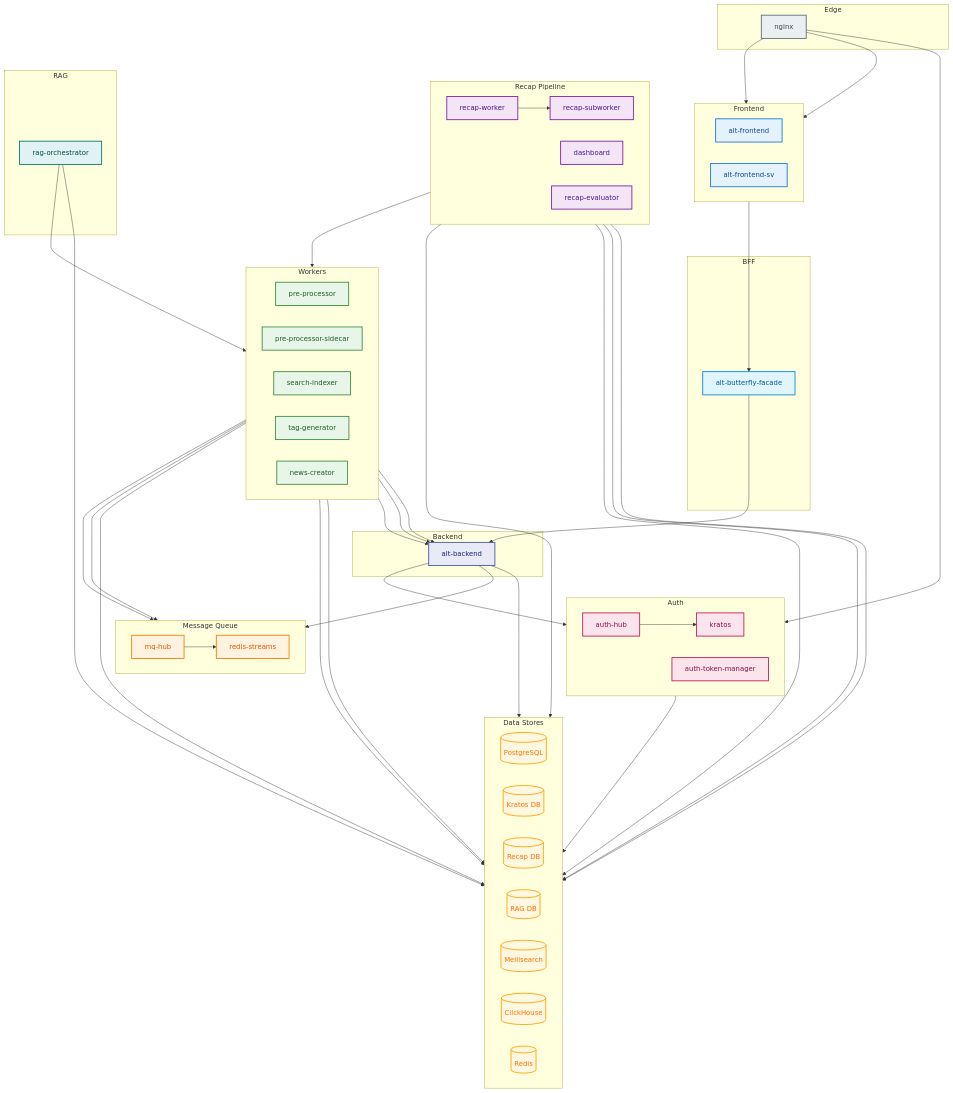
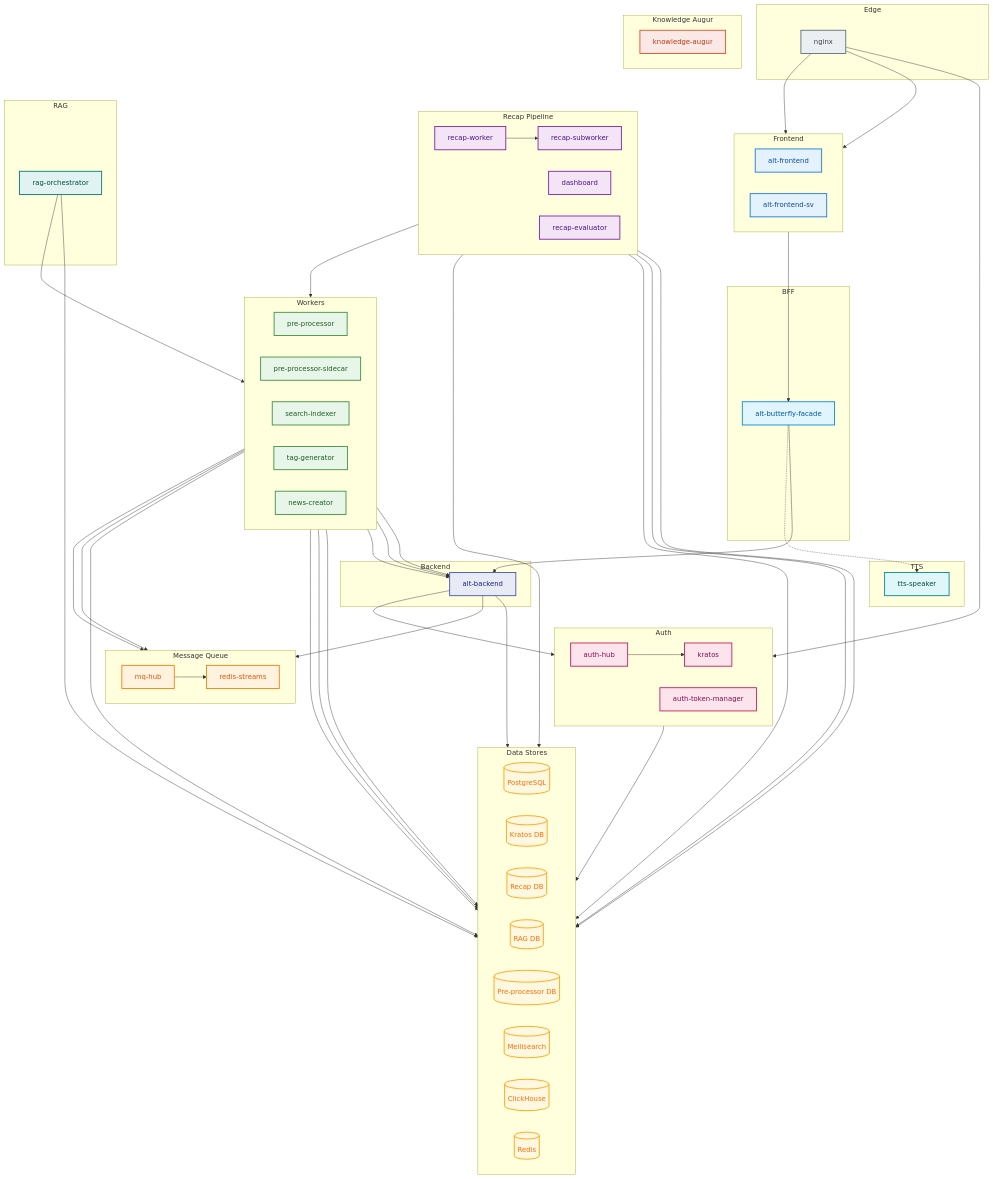
One commit to Kaikei-e/Alt changed the diagram in docs/services/MICROSERVICES.md. Above: the diagram before and after it, drawn with Mermaid. The commit also changed other lines of this file and 29 other files, not shown here.

```diff
--- a/docs/services/MICROSERVICES.md
+++ b/docs/services/MICROSERVICES.md
@@ -152,12 +157,21 @@
         rag-orchestrator
     end
 
+    subgraph TTS["TTS"]
+        tts-speaker
+    end
+
+    subgraph Augur["Knowledge Augur"]
+        knowledge-augur
+    end
+
     subgraph DataStores["Data Stores"]
         direction LR
         db[(PostgreSQL)]
         kratos-db[(Kratos DB)]
         recap-db[(Recap DB)]
         rag-db[(RAG DB)]
+        pre-processor-db[(Pre-processor DB)]
         meilisearch[(Meilisearch)]
         clickhouse[(ClickHouse)]
         redis-cache[(Redis)]
@@ -175,6 +189,12 @@
     pre-processor --> db & alt-backend & redis-streams
     news-creator --> redis-cache
     mq-hub --> redis-streams
+
+    %% BFF -> TTS
+    alt-butterfly-facade -.-> tts-speaker
+
+    %% Pre-processor -> pre-processor-db
+    pre-processor --> pre-processor-db
 
     %% Pipeline connections
     recap-worker --> recap-db & recap-subworker & news-creator
@@ -219,11 +239,18 @@
     %% Styling - RAG (teal)
     style rag-orchestrator fill:#e0f2f1,stroke:#00796b,color:#004d40,stroke-width:2px
 
+    %% Styling - TTS (cyan)
+    style tts-speaker fill:#e0f7fa,stroke:#00838f,color:#004d40,stroke-width:2px
+
+    %% Styling - Knowledge Augur (deep orange)
+    style knowledge-augur fill:#fbe9e7,stroke:#e64a19,color:#bf360c,stroke-width:2px
+
     %% Styling - Data Stores (amber)
     style db fill:#fff8e1,stroke:#ffa000,color:#ff6f00,stroke-width:2px
     style kratos-db fill:#fff8e1,stroke:#ffa000,color:#ff6f00,stroke-width:2px
     style recap-db fill:#fff8e1,stroke:#ffa000,color:#ff6f00,stroke-width:2px
     style rag-db fill:#fff8e1,stroke:#ffa000,color:#ff6f00,stroke-width:2px
+    style pre-processor-db fill:#fff8e1,stroke:#ffa000,color:#ff6f00,stroke-width:2px
     style meilisearch fill:#fff8e1,stroke:#ffa000,color:#ff6f00,stroke-width:2px
     style clickhouse fill:#fff8e1,stroke:#ffa000,color:#ff6f00,stroke-width:2px
     style redis-cache fill:#fff8e1,stroke:#ffa000,color:#ff6f00,stroke-width:2px
```
